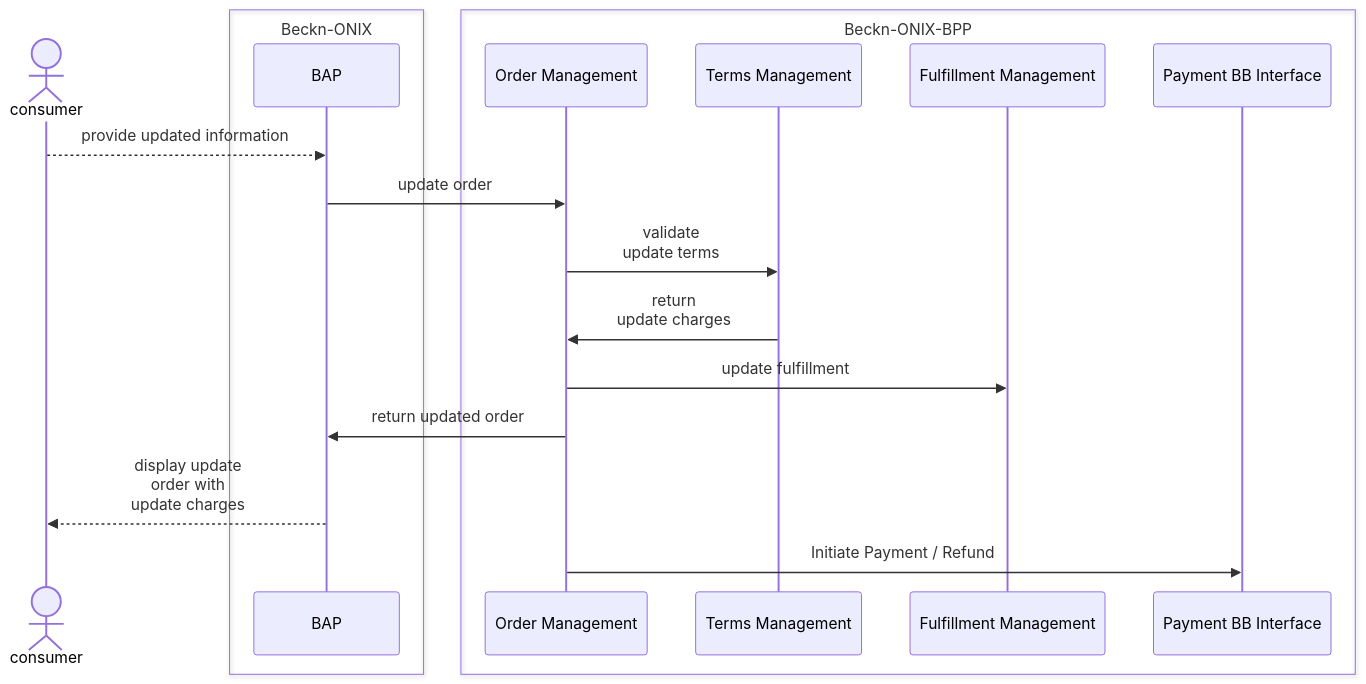
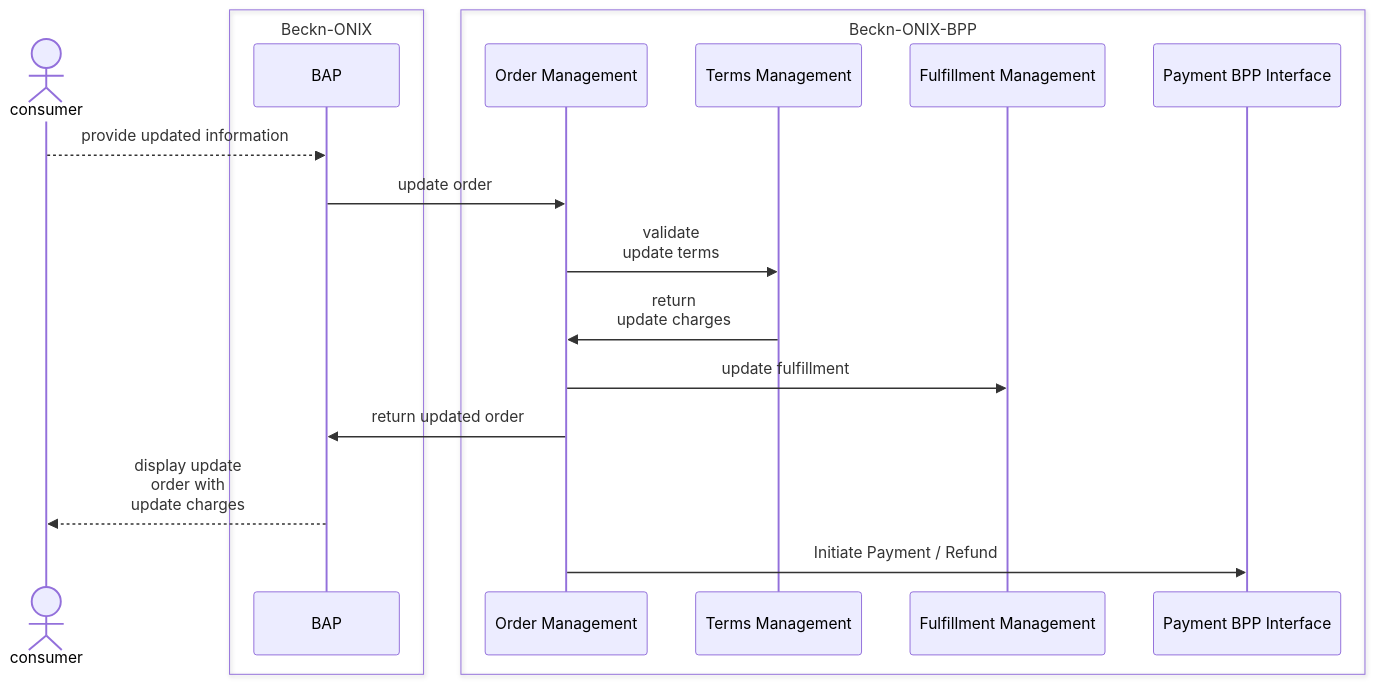
Diagram 11 of 17 in README.md (rajaneeshk90/gitbook-exp), drawn with Mermaid before and after one commit. The commit also changed other lines of this file, not shown here.

````diff
--- a/README.md
+++ b/README.md
@@ -313,21 +299,21 @@
 ```mermaid
 sequenceDiagram
     Actor consumer
     box Beckn-ONIX
     participant BAP
     end
     box Beckn-ONIX-BPP
     participant Order Management
     participant Terms Management
     participant Fulfillment Management
-    participant Payment BB Interface
+    participant Payment BPP Interface
     end
     consumer-->>BAP: provide updated information
     BAP->>Order Management:update order
     Order Management->>Terms Management:validate <br/> update terms
     Terms Management->>Order Management: return <br/> update charges
     Order Management->>Fulfillment Management:update fulfillment
     Order Management->>BAP: return updated order
     BAP-->>consumer: display update <br/> order with <br/> update charges
-    Order Management->>Payment BB Interface: Initiate Payment / Refund
+    Order Management->>Payment BPP Interface: Initiate Payment / Refund
 ```
````
